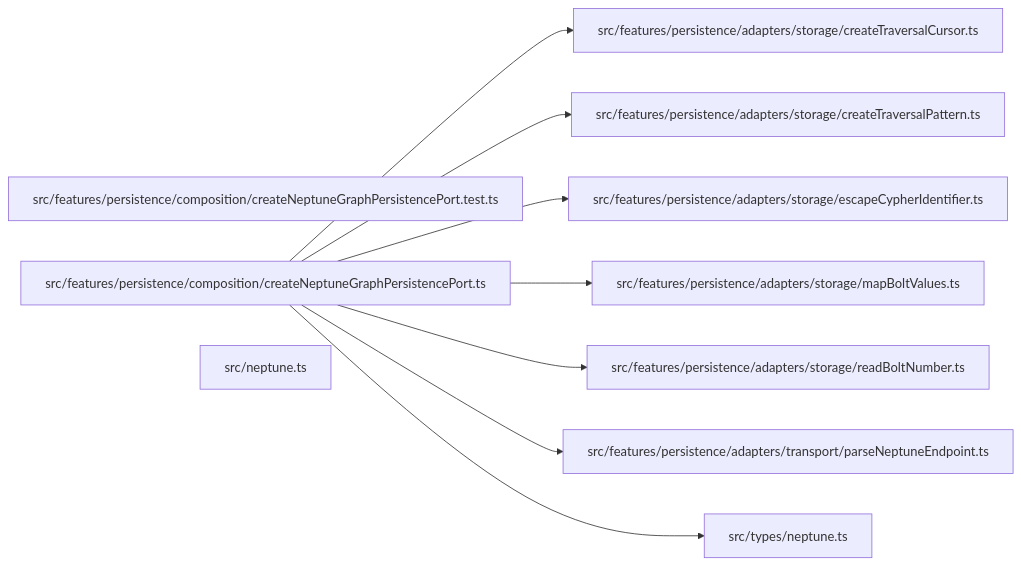
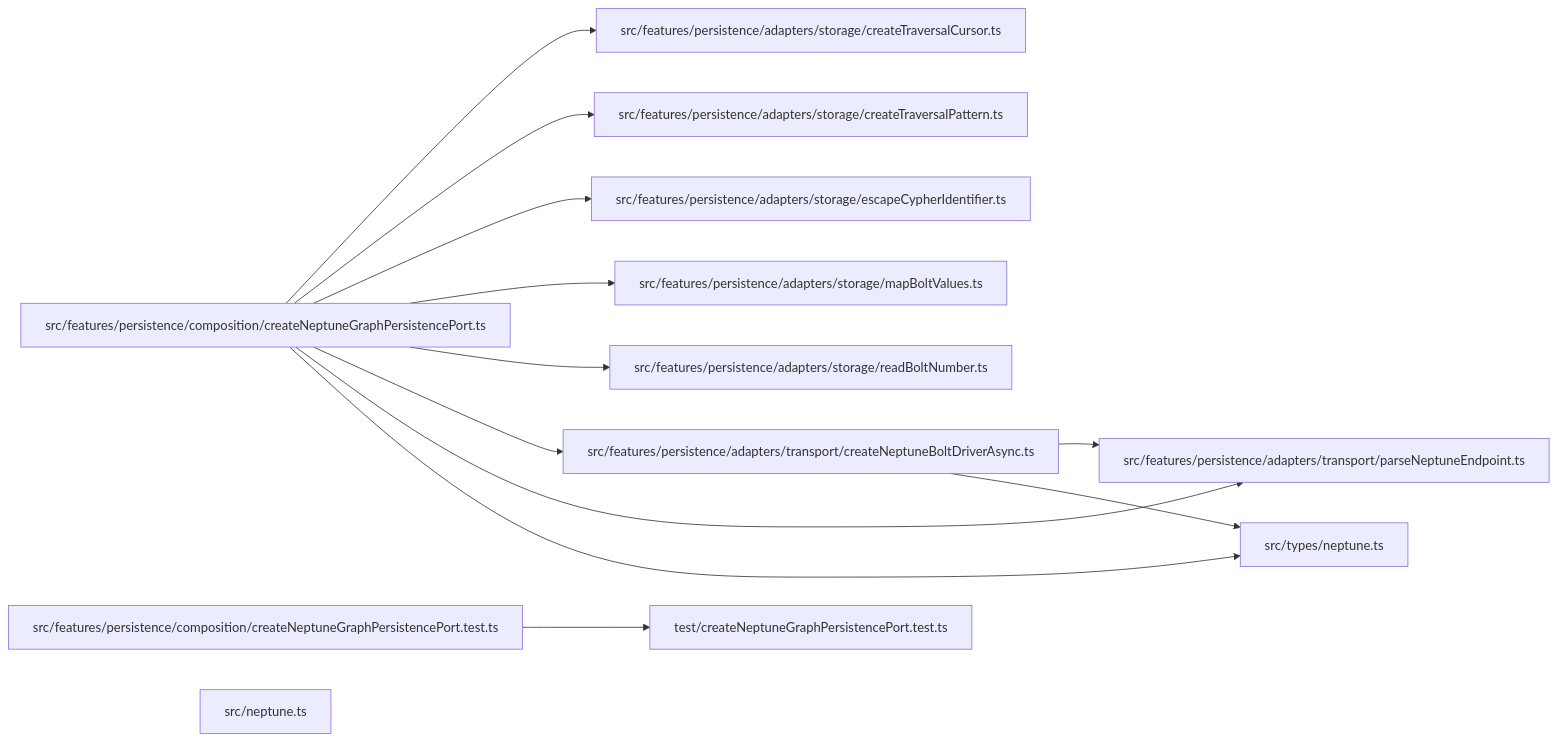
One commit to ankhorage/graph-neptune changed the diagram in paradox/diagrams/module-relationships.mmd. Above: the diagram before and after it, drawn with Mermaid. The commit also changed 11 other files, not shown here.

```diff
--- a/paradox/diagrams/module-relationships.mmd
+++ b/paradox/diagrams/module-relationships.mmd
@@ -1,18 +1,24 @@
 graph LR
   module_src_features_persistence_adapters_storage_createTraversalCursor_ts["src/features/persistence/adapters/storage/createTraversalCursor.ts"]
   module_src_features_persistence_adapters_storage_createTraversalPattern_ts["src/features/persistence/adapters/storage/createTraversalPattern.ts"]
   module_src_features_persistence_adapters_storage_escapeCypherIdentifier_ts["src/features/persistence/adapters/storage/escapeCypherIdentifier.ts"]
   module_src_features_persistence_adapters_storage_mapBoltValues_ts["src/features/persistence/adapters/storage/mapBoltValues.ts"]
   module_src_features_persistence_adapters_storage_readBoltNumber_ts["src/features/persistence/adapters/storage/readBoltNumber.ts"]
+  module_src_features_persistence_adapters_transport_createNeptuneBoltDriverAsync_ts["src/features/persistence/adapters/transport/createNeptuneBoltDriverAsync.ts"]
   module_src_features_persistence_adapters_transport_parseNeptuneEndpoint_ts["src/features/persistence/adapters/transport/parseNeptuneEndpoint.ts"]
   module_src_features_persistence_composition_createNeptuneGraphPersistencePort_test_ts["src/features/persistence/composition/createNeptuneGraphPersistencePort.test.ts"]
   module_src_features_persistence_composition_createNeptuneGraphPersistencePort_ts["src/features/persistence/composition/createNeptuneGraphPersistencePort.ts"]
   module_src_neptune_ts["src/neptune.ts"]
   module_src_types_neptune_ts["src/types/neptune.ts"]
+  module_test_createNeptuneGraphPersistencePort_test_ts["test/createNeptuneGraphPersistencePort.test.ts"]
+  module_src_features_persistence_adapters_transport_createNeptuneBoltDriverAsync_ts --> module_src_features_persistence_adapters_transport_parseNeptuneEndpoint_ts
+  module_src_features_persistence_adapters_transport_createNeptuneBoltDriverAsync_ts --> module_src_types_neptune_ts
+  module_src_features_persistence_composition_createNeptuneGraphPersistencePort_test_ts --> module_test_createNeptuneGraphPersistencePort_test_ts
   module_src_features_persistence_composition_createNeptuneGraphPersistencePort_ts --> module_src_features_persistence_adapters_storage_createTraversalCursor_ts
   module_src_features_persistence_composition_createNeptuneGraphPersistencePort_ts --> module_src_features_persistence_adapters_storage_createTraversalPattern_ts
   module_src_features_persistence_composition_createNeptuneGraphPersistencePort_ts --> module_src_features_persistence_adapters_storage_escapeCypherIdentifier_ts
   module_src_features_persistence_composition_createNeptuneGraphPersistencePort_ts --> module_src_features_persistence_adapters_storage_mapBoltValues_ts
   module_src_features_persistence_composition_createNeptuneGraphPersistencePort_ts --> module_src_features_persistence_adapters_storage_readBoltNumber_ts
+  module_src_features_persistence_composition_createNeptuneGraphPersistencePort_ts --> module_src_features_persistence_adapters_transport_createNeptuneBoltDriverAsync_ts
   module_src_features_persistence_composition_createNeptuneGraphPersistencePort_ts --> module_src_features_persistence_adapters_transport_parseNeptuneEndpoint_ts
   module_src_features_persistence_composition_createNeptuneGraphPersistencePort_ts --> module_src_types_neptune_ts
```
